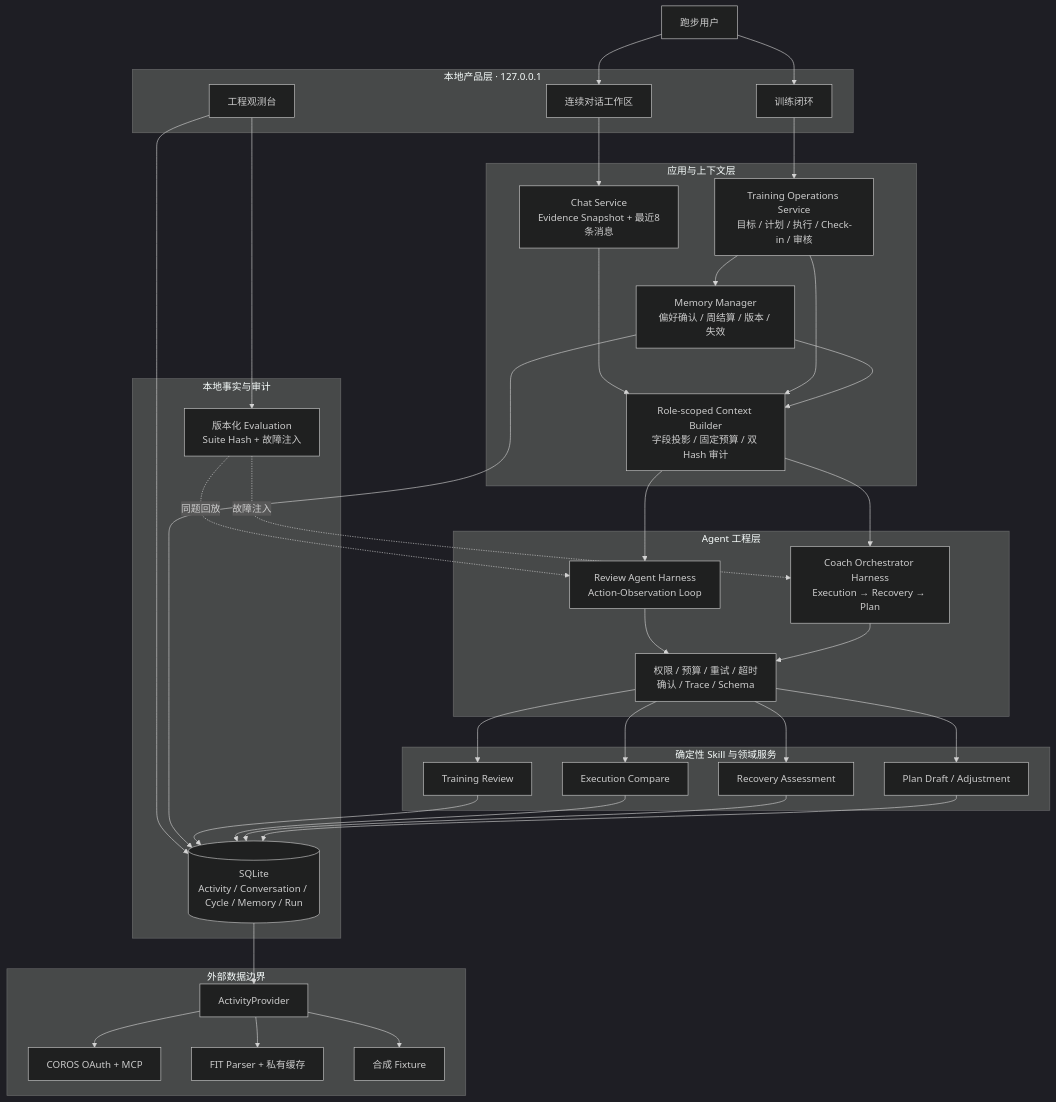
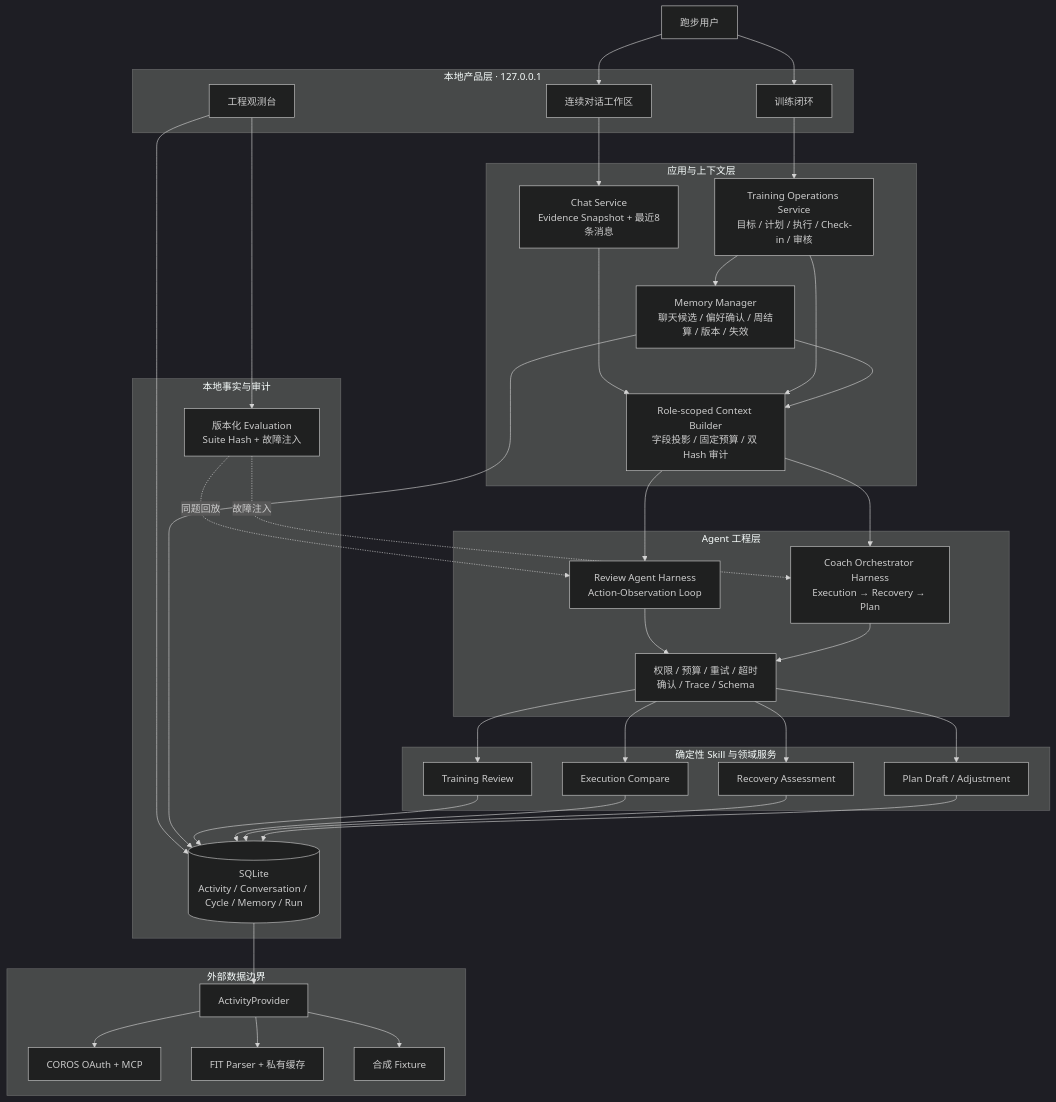
Before and after one commit to QRui6/RunCrew: the diagram in docs/demo/system-architecture.md, drawn with Mermaid (dark theme). The commit also changed other lines of this file and 40 other files, not shown here.

````diff
--- a/docs/demo/system-architecture.md
+++ b/docs/demo/system-architecture.md
@@ -3,75 +3,75 @@
 ```mermaid
 flowchart TB
     U[跑步用户]
 
     subgraph Product[本地产品层 · 127.0.0.1]
         Chat[连续对话工作区]
         Ops[训练闭环]
         Eng[工程观测台]
     end
 
     subgraph Application[应用与上下文层]
         ChatService[Chat Service<br/>Evidence Snapshot + 最近8条消息]
         TrainingOps[Training Operations Service<br/>目标 / 计划 / 执行 / Check-in / 审核]
-        Memory[Memory Manager<br/>偏好确认 / 周结算 / 版本 / 失效]
+        Memory[Memory Manager<br/>聊天候选 / 偏好确认 / 周结算 / 版本 / 失效]
         Context[Role-scoped Context Builder<br/>字段投影 / 固定预算 / 双 Hash 审计]
     end
 
     subgraph Agent[Agent 工程层]
         ReviewHarness[Review Agent Harness<br/>Action-Observation Loop]
         CoachHarness[Coach Orchestrator Harness<br/>Execution → Recovery → Plan]
         Guard[权限 / 预算 / 重试 / 超时<br/>确认 / Trace / Schema]
     end
 
     subgraph Skills[确定性 Skill 与领域服务]
         Review[Training Review]
         Execution[Execution Compare]
         Recovery[Recovery Assessment]
         Planning[Plan Draft / Adjustment]
     end
 
     subgraph Data[本地事实与审计]
         SQLite[(SQLite<br/>Activity / Conversation / Cycle / Memory / Run)]
         Eval[版本化 Evaluation<br/>Suite Hash + 故障注入]
     end
 
     subgraph Provider[外部数据边界]
         Adapter[ActivityProvider]
         Coros[COROS OAuth + MCP]
         Fit[FIT Parser + 私有缓存]
         Fixture[合成 Fixture]
     end
 
     U --> Chat
     U --> Ops
     Chat --> ChatService
     Ops --> TrainingOps
     Eng --> SQLite
     Eng --> Eval
 
     ChatService --> Context
     TrainingOps --> Context
     TrainingOps --> Memory
     Memory --> SQLite
     Memory --> Context
     Context --> ReviewHarness
     Context --> CoachHarness
     ReviewHarness --> Guard
     CoachHarness --> Guard
     Guard --> Review
     Guard --> Execution
     Guard --> Recovery
     Guard --> Planning
 
     Review --> SQLite
     Execution --> SQLite
     Recovery --> SQLite
     Planning --> SQLite
     Eval -.同题回放.-> ReviewHarness
     Eval -.故障注入.-> CoachHarness
 
     SQLite --> Adapter
     Adapter --> Coros
     Adapter --> Fit
     Adapter --> Fixture
 ```
````
